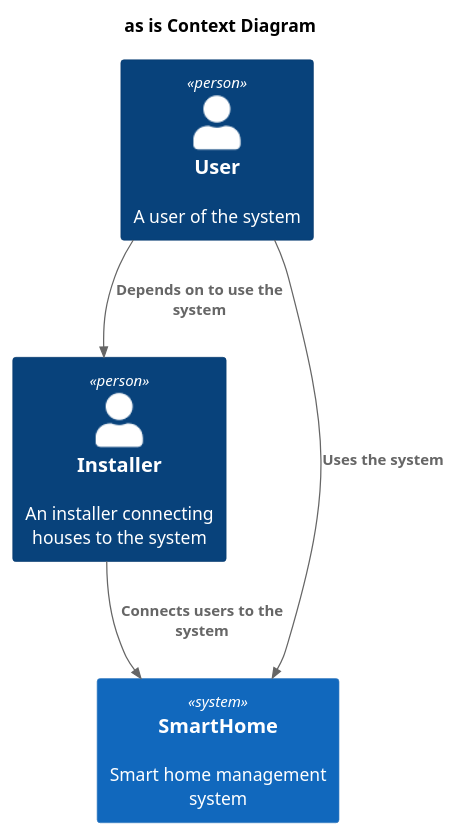
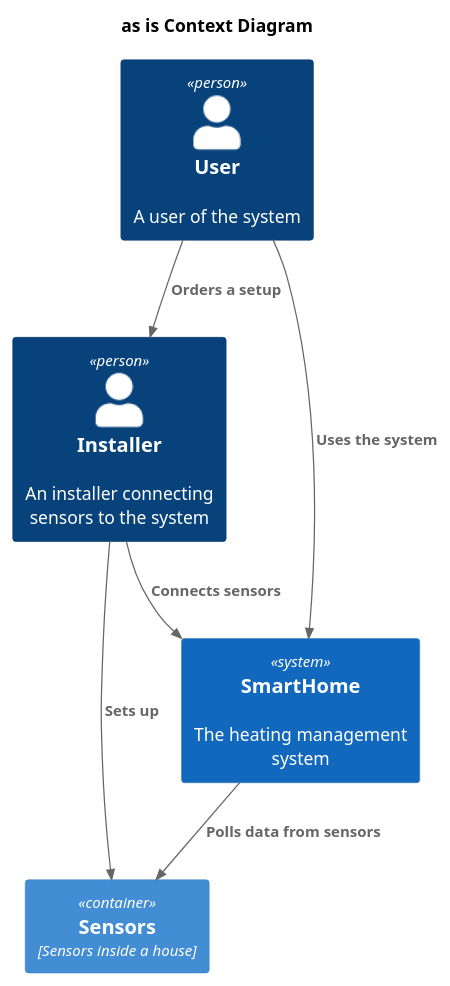
The diagram in schemas/as-is/Context.puml (pavelantropov/smarthome), drawn with PlantUML before and after one commit.

Commit message:
update context as is

```diff
--- a/schemas/as-is/Context.puml
+++ b/schemas/as-is/Context.puml
@@ -1,16 +1,19 @@
 @startuml
 title as is Context Diagram
 
 top to bottom direction
 
 !includeurl https://raw.githubusercontent.com/RicardoNiepel/C4-PlantUML/master/C4_Component.puml
 
 Person(user, "User", "A user of the system")
-Person(installer, "Installer", "An installer connecting houses to the system")
-System(SmartHome, "SmartHome", "Smart home management system")
+Person(installer, "Installer", "An installer connecting sensors to the system")
+System(SmartHome, "SmartHome", "The heating management system")
+Container(sensors, "Sensors", "Sensors inside a house")
 
 Rel(user, SmartHome, "Uses the system")
-Rel(user, installer, "Depends on to use the system")
-Rel(installer,SmartHome,"Connects users to the system")
+Rel(user, installer, "Orders a setup")
+Rel(installer, sensors, "Sets up")
+Rel(installer, SmartHome, "Connects sensors")
+Rel(SmartHome, sensors, "Polls data from sensors")
 
 @enduml
```
